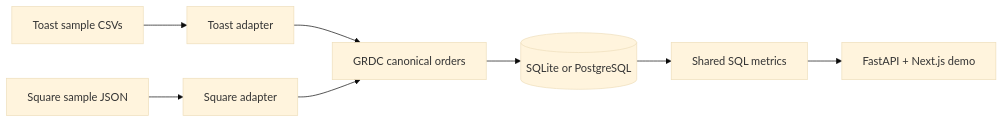
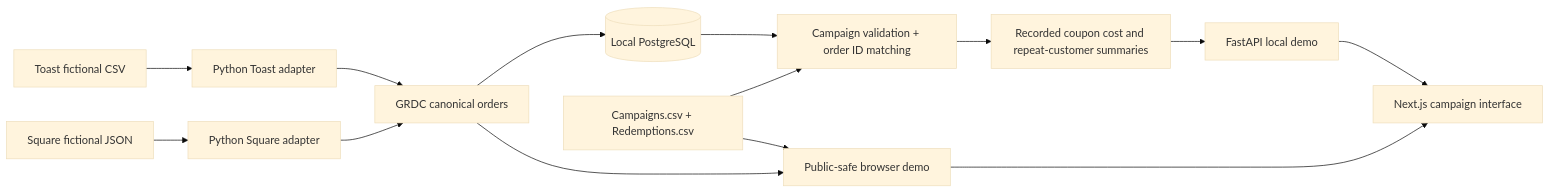
One commit to george962/GuestLift changed the diagram in README.md. Above: the diagram before and after it, drawn with Mermaid (base theme). The commit also changed other lines of this file and 43 other files, not shown here.

````diff
--- a/README.md
+++ b/README.md
@@ -82,10 +63,16 @@
 ```mermaid
 flowchart LR
-    A[Toast sample CSVs] --> C[Toast adapter]
-    B[Square sample JSON] --> D[Square adapter]
+    A[Toast fictional CSV] --> C[Python Toast adapter]
+    B[Square fictional JSON] --> D[Python Square adapter]
     C --> E[GRDC canonical orders]
     D --> E
-    E --> F[(SQLite or PostgreSQL)]
-    F --> G[Shared SQL metrics]
-    G --> H[FastAPI + Next.js demo]
+    E --> F[(Local PostgreSQL)]
+    G[Campaigns.csv + Redemptions.csv] --> H[Campaign validation + order ID matching]
+    F --> H
+    H --> I[Recorded coupon cost and repeat-customer summaries]
+    I --> J[FastAPI local demo]
+    E --> K[Public-safe browser demo]
+    G --> K
+    J --> L[Next.js campaign interface]
+    K --> L
 ```
````
